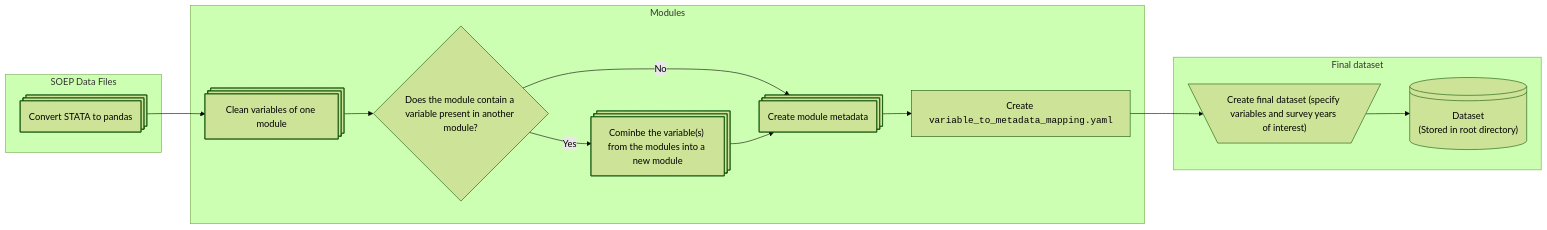
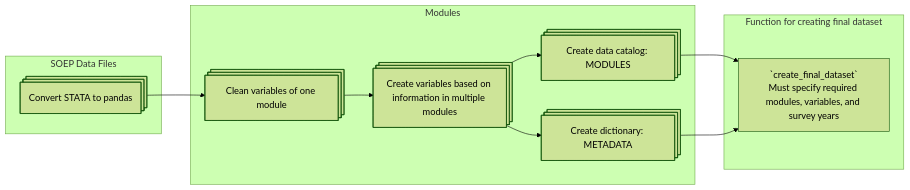
The diagram in README.md (ttsim-dev/soep-preparation), drawn with Mermaid (forest theme) before and after one commit. The commit also changed other lines of this file and 9 other files, not shown here.

Commit message:
Refactor, add test for final dataset creation.

````diff
--- a/README.md
+++ b/README.md
@@ -17,20 +17,18 @@
 ```mermaid
 flowchart LR
   subgraph SOEP Data Files
     id1@{ shape: processes, label: "Convert STATA to pandas" }
   end
 
   subgraph Modules
     id1-->id2@{ shape: processes, label: "Clean variables of one module" }
-    id2-->idDecision1{Does the module contain a variable present in another module?}
-    idDecision1-->|Yes|id3@{ shape: processes, label: "Cominbe the variable(s) from the modules into a new module" }
-    idDecision1-->|No|id4@{ shape: processes, label: "Create module metadata" }
-    id3-->id4
-    id4-->id5["Create <code>variable_to_metadata_mapping.yaml</code>"]
+    id2-->id3@{ shape: processes, label: "Create variables based on information in multiple modules" }
+    id3-->id4@{ shape: processes, label: "Create data catalog: MODULES" }
+    id3-->id5@{ shape: processes, label: "Create dictionary: METADATA" }
   end
 
-  subgraph Final dataset
-    id5-->id6@{ shape: trap-t, label: "Create final dataset (specify variables and survey years of interest)" }
-    id6-->id7@{ shape: lin-cyl, label: "Dataset \n(Stored in root directory)" }
+  subgraph Function for creating final dataset
+    id4-->id6@{ label: "`create_final_dataset`\n Must specify required modules, variables, and survey years" }
+    id5-->id6
   end
 ```
````
